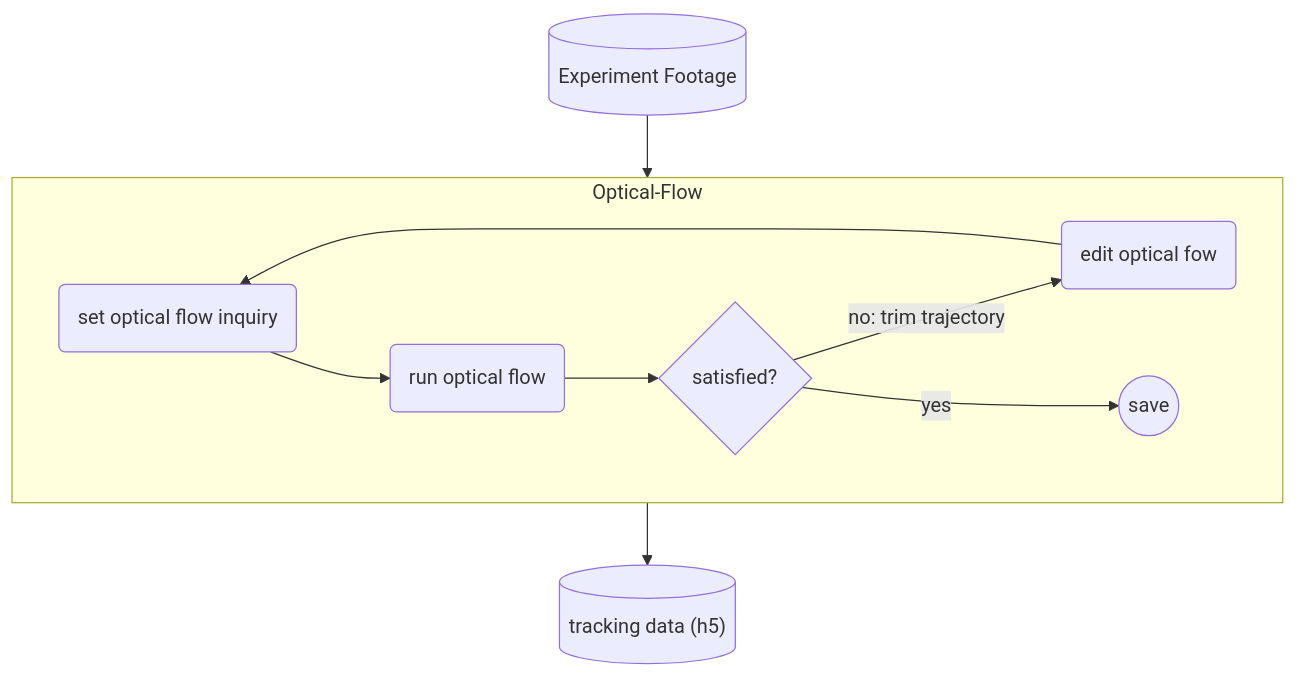
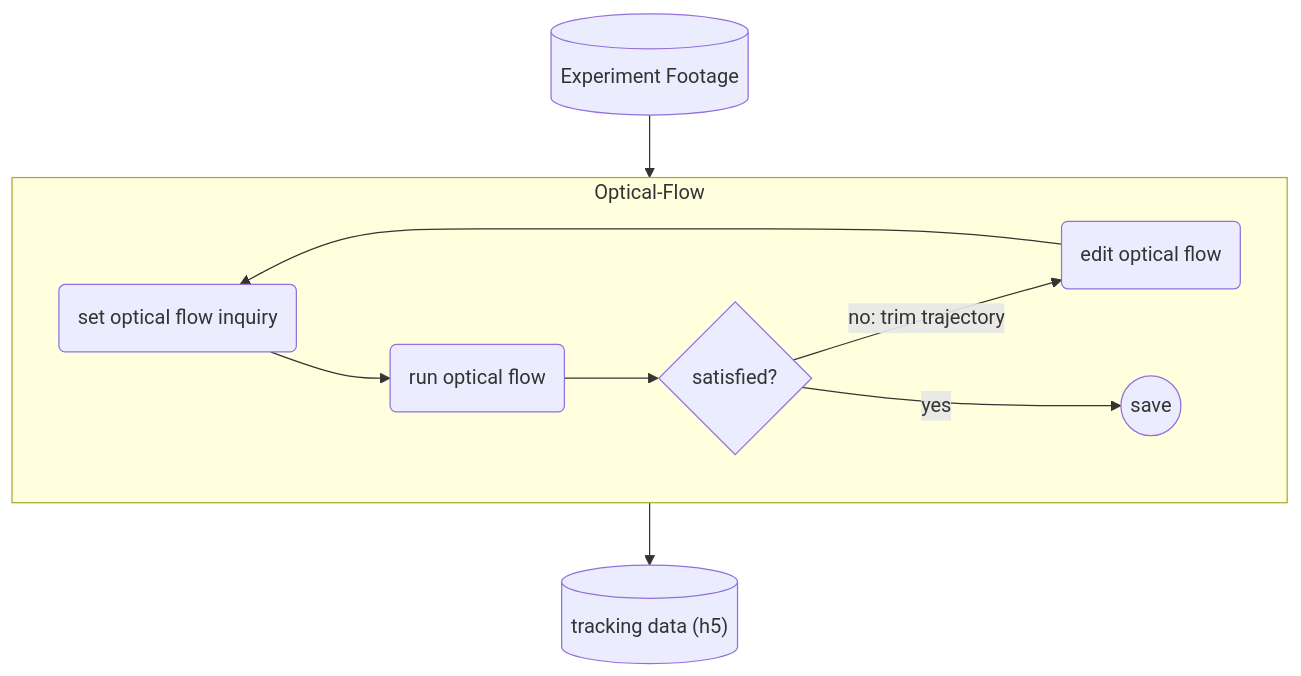
One commit to GazzolaLab/BR2-vision-based-smoothing changed the fifth of 6 diagrams in README.md. Above: the diagram before and after it, drawn with Mermaid.

````diff
--- a/README.md
+++ b/README.md
@@ -114,15 +114,15 @@
 ```mermaid
 flowchart TD
     collect[("Experiment Footage")]
     T[("tracking data (h5)")]
     subgraph Optical-Flow
         opt1("set optical flow inquiry")
         opt2("run optical flow")
-        opt3("edit optical fow")
+        opt3("edit optical flow")
         
         opt1 --> opt2 --> C{satisfied?}
         C -->|no: trim trajectory| opt3 --> opt1
         C -->|yes| D(("save"))
     end
     collect --> Optical-Flow --> T
 ```
````
